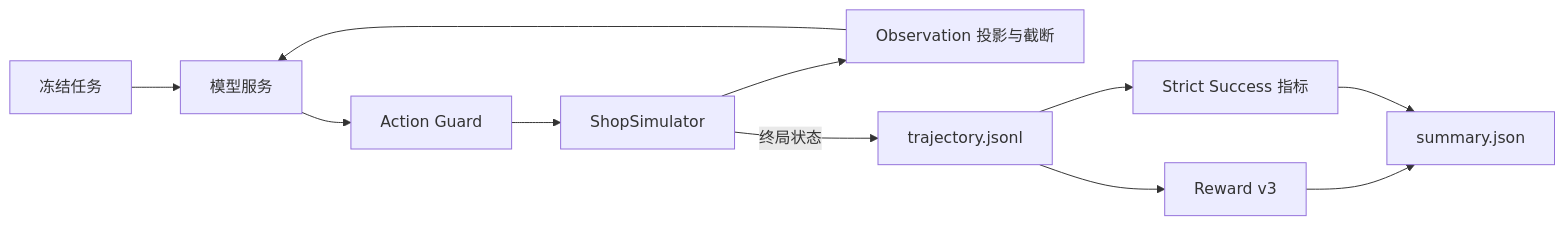
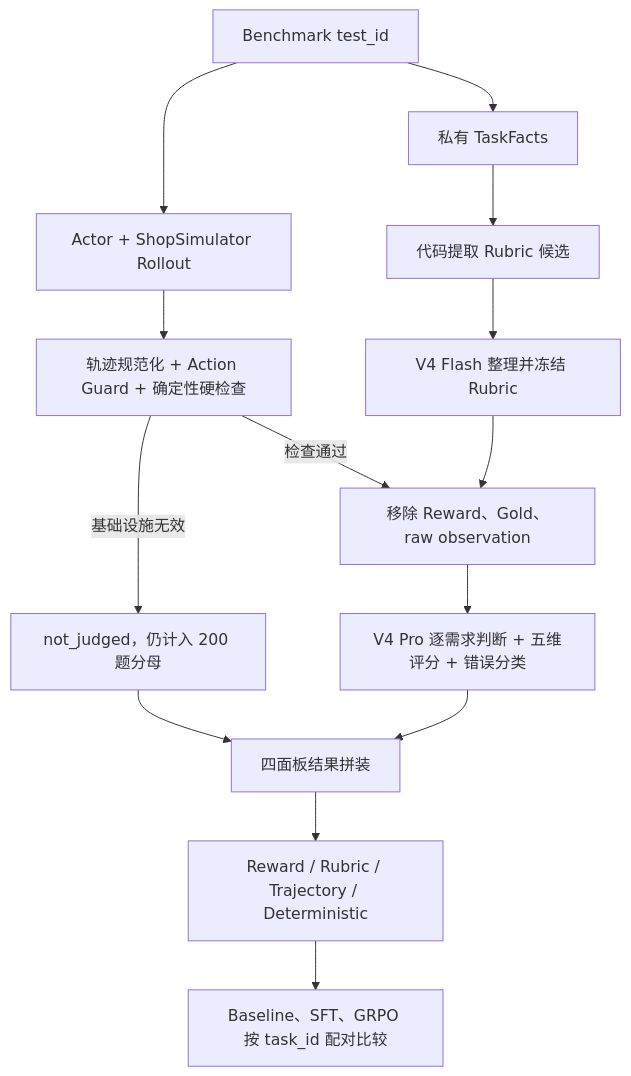
One commit to 19803118392/shopping-grpo-longhorizon changed the second of 2 diagrams in README.md. Above: the diagram before and after it, drawn with Mermaid. The commit also changed other lines of this file and 17 other files, not shown here.

````diff
--- a/README.md
+++ b/README.md
@@ -95,13 +105,16 @@
 ```mermaid
-flowchart LR
-    A[冻结任务] --> B[模型服务]
-    B --> C[Action Guard]
-    C --> D[ShopSimulator]
-    D --> E[Observation 投影与截断]
-    E --> B
-    D -->|终局状态| F[trajectory.jsonl]
-    F --> G[Reward v3]
-    F --> H[Strict Success 指标]
-    G --> I[summary.json]
-    H --> I
+flowchart TD
+    A["Benchmark test_id"] --> B["私有 TaskFacts"]
+    B --> C["代码提取 Rubric 候选"]
+    C --> D["V4 Flash 整理并冻结 Rubric"]
+    A --> E["Actor + ShopSimulator Rollout"]
+    E --> F["轨迹规范化 + Action Guard + 确定性硬检查"]
+    F -->|基础设施无效| G["not_judged，仍计入 200 题分母"]
+    F -->|检查通过| H["移除 Reward、Gold、raw observation"]
+    D --> H
+    H --> I["V4 Pro 逐需求判断 + 五维评分 + 错误分类"]
+    G --> J["四面板结果拼装"]
+    I --> J
+    J --> K["Reward / Rubric / Trajectory / Deterministic"]
+    K --> L["Baseline、SFT、GRPO 按 task_id 配对比较"]
 ```
````
